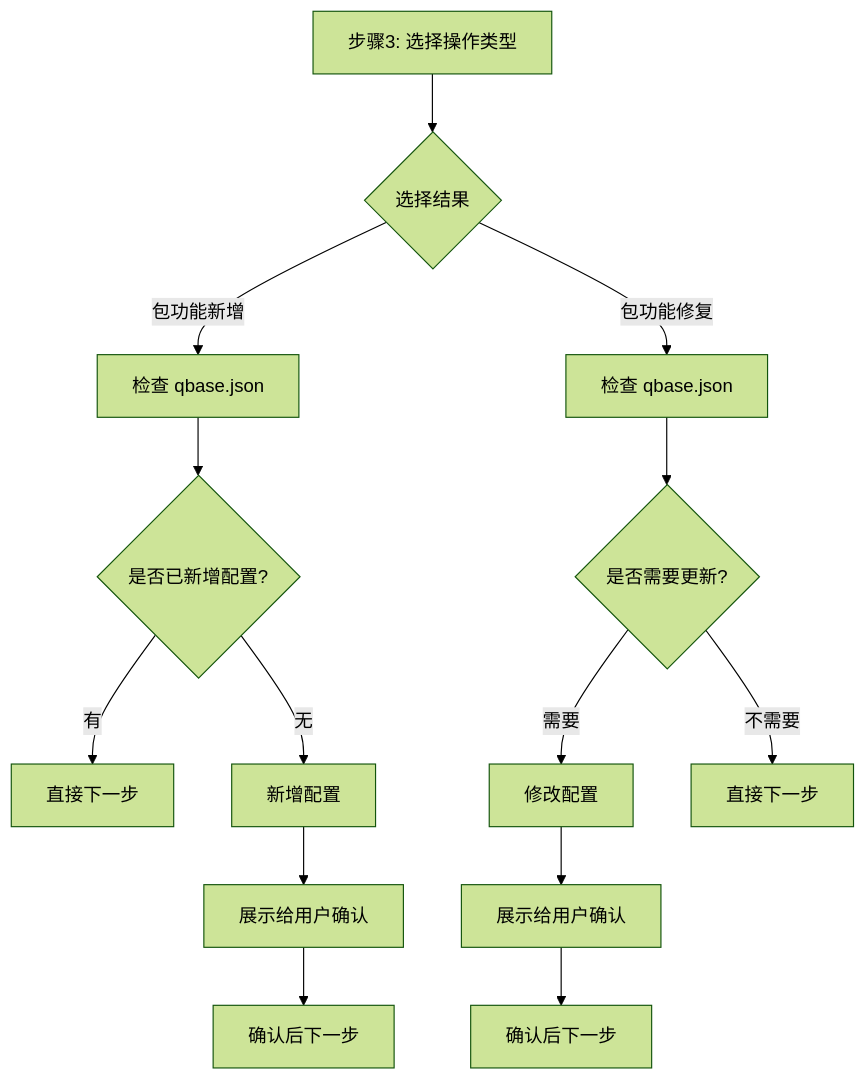
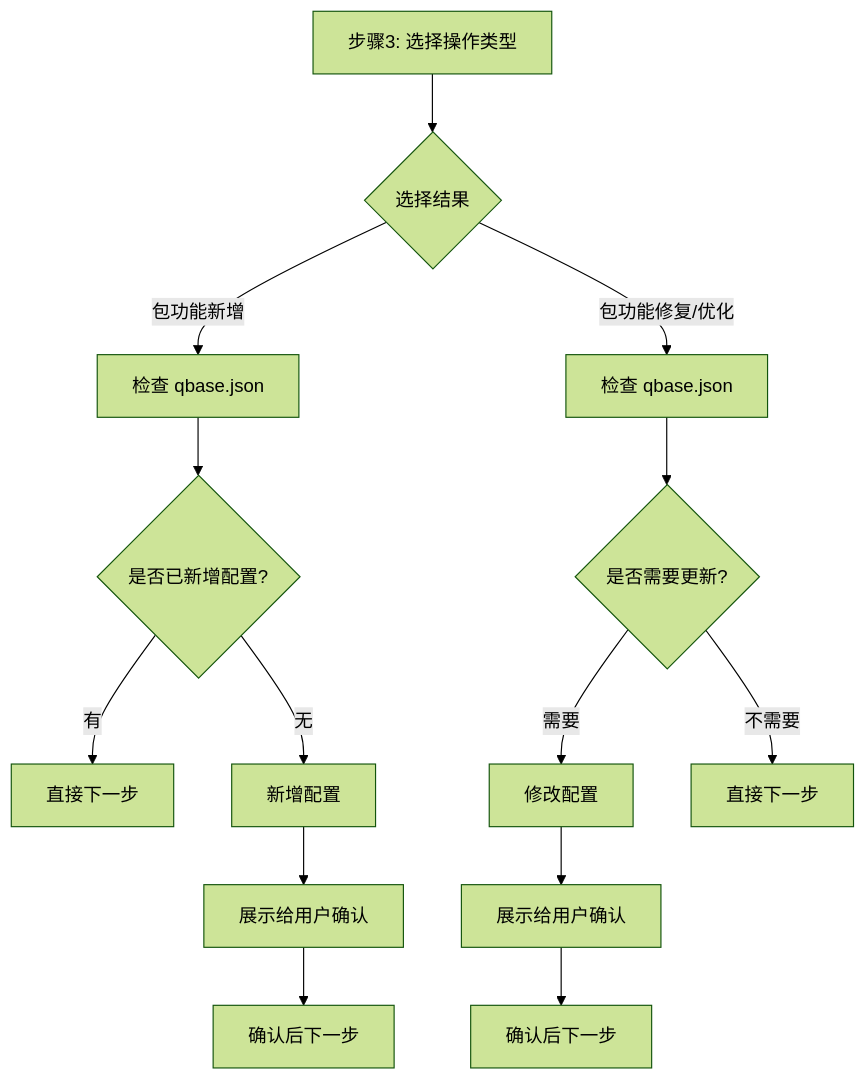
One commit to dvlproad/AI-qskills changed the third of 3 diagrams in script-to-qbase/SKILL.md. Above: the diagram before and after it, drawn with Mermaid (forest theme). The commit also changed other lines of this file, not shown here.

Commit message:
【Feature】script-to-qbase：细化流程

````diff
--- a/script-to-qbase/SKILL.md
+++ b/script-to-qbase/SKILL.md
@@ -194,19 +197,19 @@
 ```mermaid
 graph TD
     A[步骤3: 选择操作类型] --> B{选择结果}
     
     B -->|包功能新增| C[检查 qbase.json]
-    B -->|包功能修复| D[检查 qbase.json]
+    B -->|包功能修复/优化| D[检查 qbase.json]
     
     C --> E{是否已新增配置?}
     E -->|有| F[直接下一步]
     E -->|无| G[新增配置]
     G --> H[展示给用户确认]
     H --> I[确认后下一步]
     
     D --> J{是否需要更新?}
     J -->|需要| K[修改配置]
     K --> L[展示给用户确认]
     L --> M[确认后下一步]
     J -->|不需要| N[直接下一步]
 ```
````
